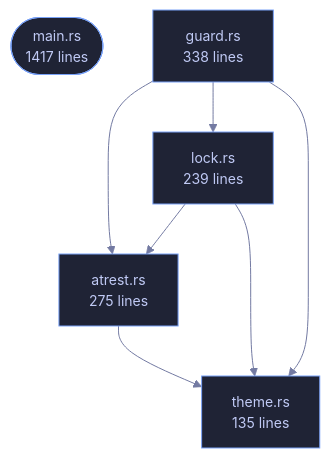
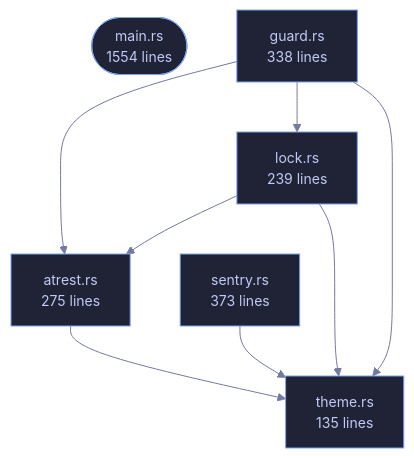
The diagram in wiki/Crate-veilvoice-cli.md (tilas01/veilvoice), drawn with Mermaid before and after one commit. The commit also changed other lines of this file and 48 other files, not shown here.

````diff
--- a/wiki/Crate-veilvoice-cli.md
+++ b/wiki/Crate-veilvoice-cli.md
@@ -74,20 +75,23 @@
 ```mermaid
 %%{init: {"theme":"base","themeVariables":{"background":"#1a1b26","primaryColor":"#1f2335","primaryTextColor":"#c0caf5","primaryBorderColor":"#7aa2f7","secondaryColor":"#16161e","tertiaryColor":"#16161e","lineColor":"#737aa2","textColor":"#c0caf5","mainBkg":"#1f2335","nodeBorder":"#7aa2f7","clusterBkg":"#16161e","clusterBorder":"#2f3549","fontFamily":"ui-monospace, SFMono-Regular, Consolas, monospace","fontSize":"14px"}}}%%
 flowchart TD
-    n_main(["main.rs<br/>1417 lines"])
+    n_main(["main.rs<br/>1554 lines"])
     n_atrest["atrest.rs<br/>275 lines"]
     n_guard["guard.rs<br/>338 lines"]
     n_lock["lock.rs<br/>239 lines"]
+    n_sentry["sentry.rs<br/>373 lines"]
     n_theme["theme.rs<br/>135 lines"]
     n_atrest --> n_theme
     n_guard --> n_atrest
     n_guard --> n_lock
     n_guard --> n_theme
     n_lock --> n_atrest
     n_lock --> n_theme
+    n_sentry --> n_theme
     click n_main href "https://github.com/tilas01/veilvoice/blob/main/crates/veilvoice-cli/src/main.rs" "open the source"
     click n_atrest href "https://github.com/tilas01/veilvoice/blob/main/crates/veilvoice-cli/src/atrest.rs" "open the source"
     click n_guard href "https://github.com/tilas01/veilvoice/blob/main/crates/veilvoice-cli/src/guard.rs" "open the source"
     click n_lock href "https://github.com/tilas01/veilvoice/blob/main/crates/veilvoice-cli/src/lock.rs" "open the source"
+    click n_sentry href "https://github.com/tilas01/veilvoice/blob/main/crates/veilvoice-cli/src/sentry.rs" "open the source"
     click n_theme href "https://github.com/tilas01/veilvoice/blob/main/crates/veilvoice-cli/src/theme.rs" "open the source"
 ```
````
